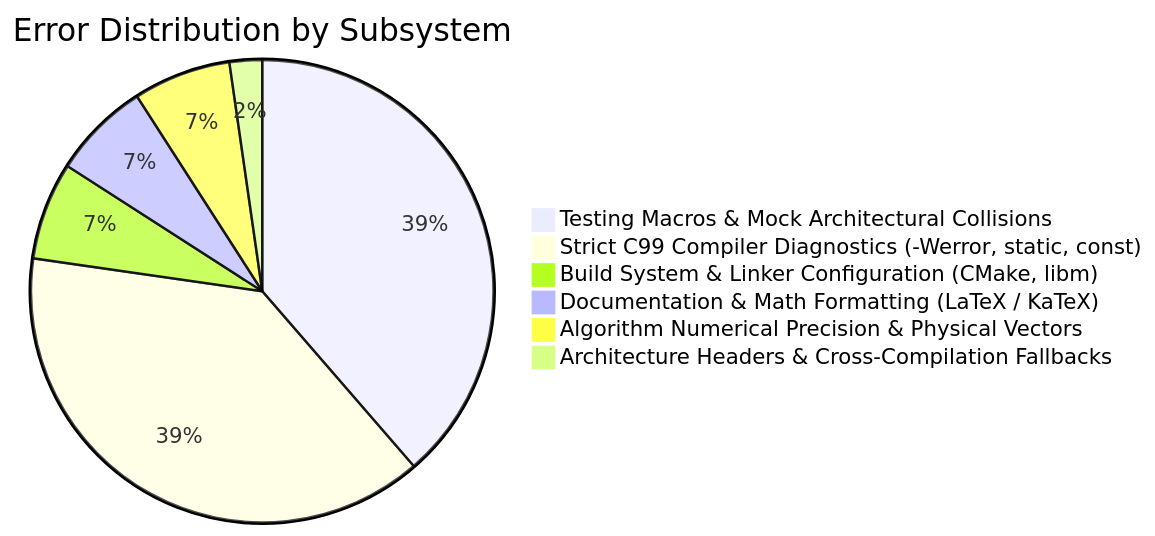
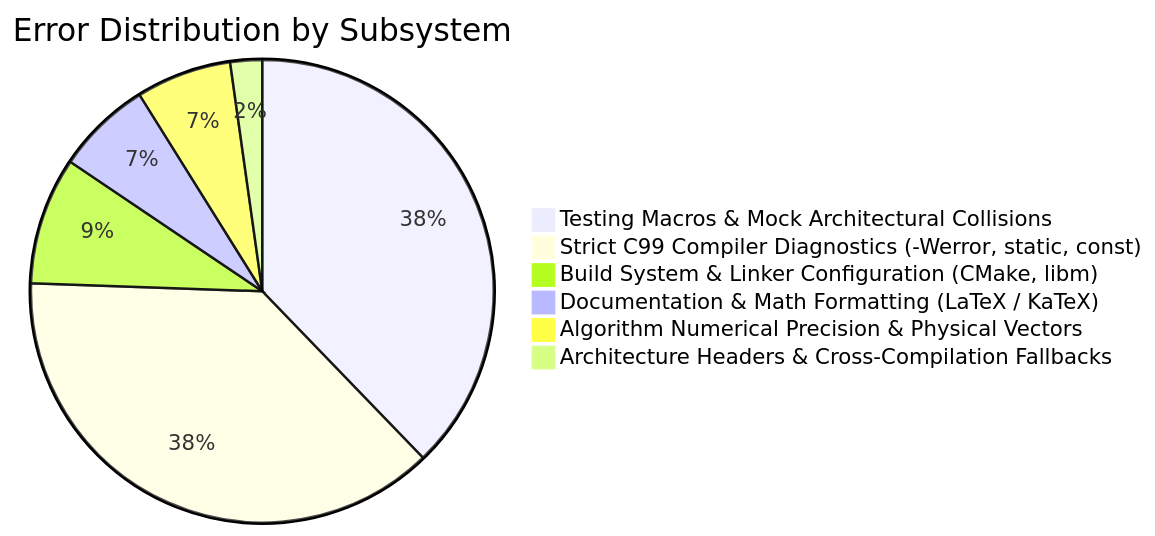
The diagram in context/errors/README.md (Thejus26/rain-predict), drawn with Mermaid before and after one commit. The commit also changed other lines of this file and 2 other files, not shown here.

Commit message:
fix(build): resolve ERR-045 add missing STM32WLE5XX_FLASH.ld linker script

````diff
--- a/context/errors/README.md
+++ b/context/errors/README.md
@@ -60,9 +61,9 @@
 ```mermaid
 pie title Error Distribution by Subsystem
     "Testing Macros & Mock Architectural Collisions" : 17
     "Strict C99 Compiler Diagnostics (-Werror, static, const)" : 17
-    "Build System & Linker Configuration (CMake, libm)" : 3
+    "Build System & Linker Configuration (CMake, libm)" : 4
     "Documentation & Math Formatting (LaTeX / KaTeX)" : 3
     "Algorithm Numerical Precision & Physical Vectors" : 3
     "Architecture Headers & Cross-Compilation Fallbacks" : 1
 ```
````
